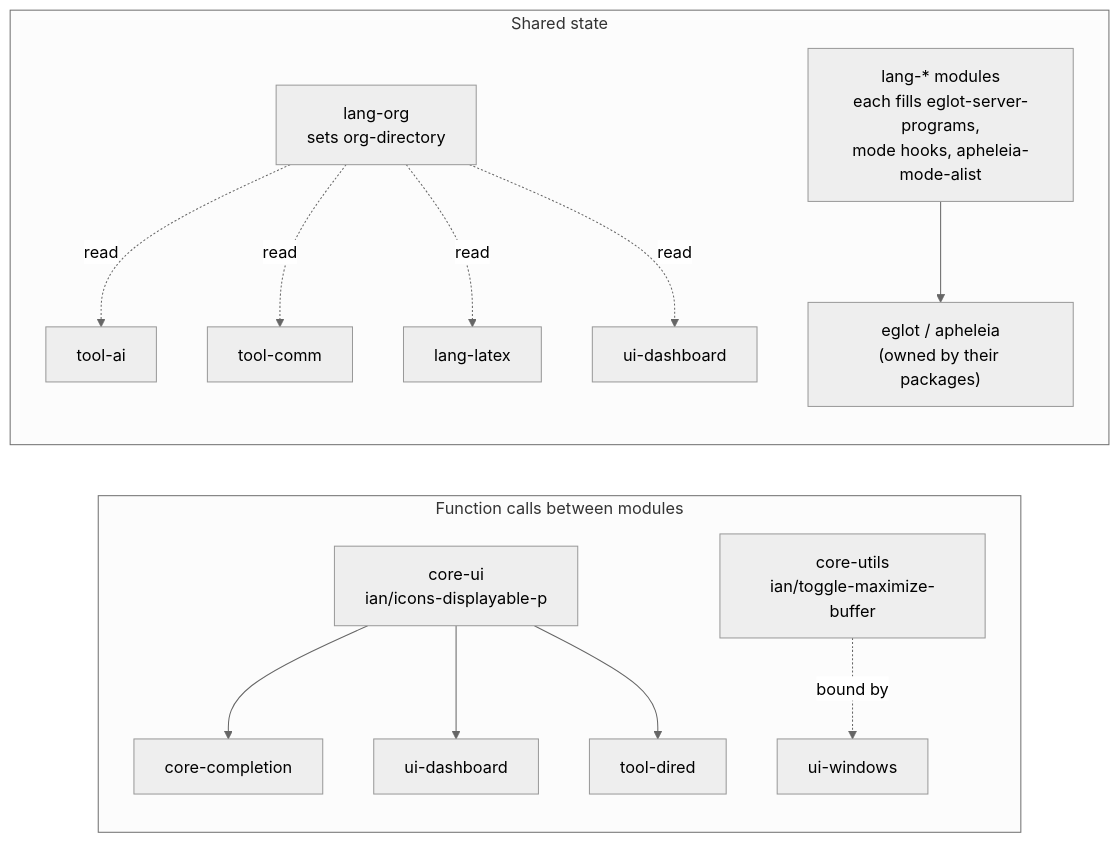
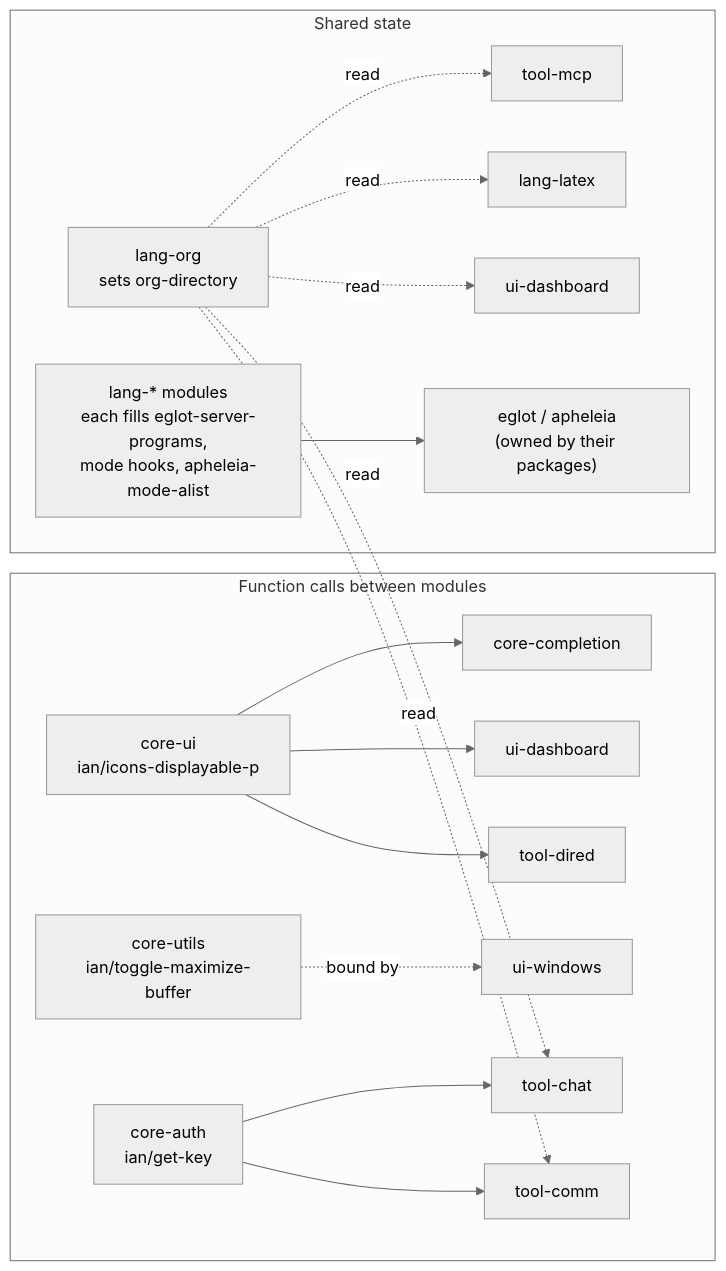
One commit to ianffcs/my-emacs-init changed the second of 3 diagrams in docs/ARCHITECTURE.md. Above: the diagram before and after it, drawn with Mermaid (neutral theme). The commit also changed other lines of this file and 16 other files, not shown here.

````diff
--- a/docs/ARCHITECTURE.md
+++ b/docs/ARCHITECTURE.md
@@ -26,16 +26,19 @@
 ```mermaid
 flowchart LR
   subgraph fn["Function calls between modules"]
     CU["core-ui<br/>ian/icons-displayable-p"] --> CC[core-completion]
     CU --> UD[ui-dashboard]
     CU --> TD[tool-dired]
     CUT["core-utils<br/>ian/toggle-maximize-buffer"] -.bound by.-> UW[ui-windows]
+    CA["core-auth<br/>ian/get-key"] --> TCH[tool-chat]
+    CA --> TC[tool-comm]
   end
   subgraph state["Shared state"]
-    LO["lang-org<br/>sets org-directory"] -.read.-> TA[tool-ai]
+    LO["lang-org<br/>sets org-directory"] -.read.-> TCH[tool-chat]
+    LO -.read.-> TM[tool-mcp]
     LO -.read.-> TC[tool-comm]
     LO -.read.-> LX[lang-latex]
     LO -.read.-> UD2[ui-dashboard]
     LM["lang-* modules<br/>each fills eglot-server-programs,<br/>mode hooks, apheleia-mode-alist"] --> ED["eglot / apheleia<br/>(owned by their packages)"]
   end
 ```
````
